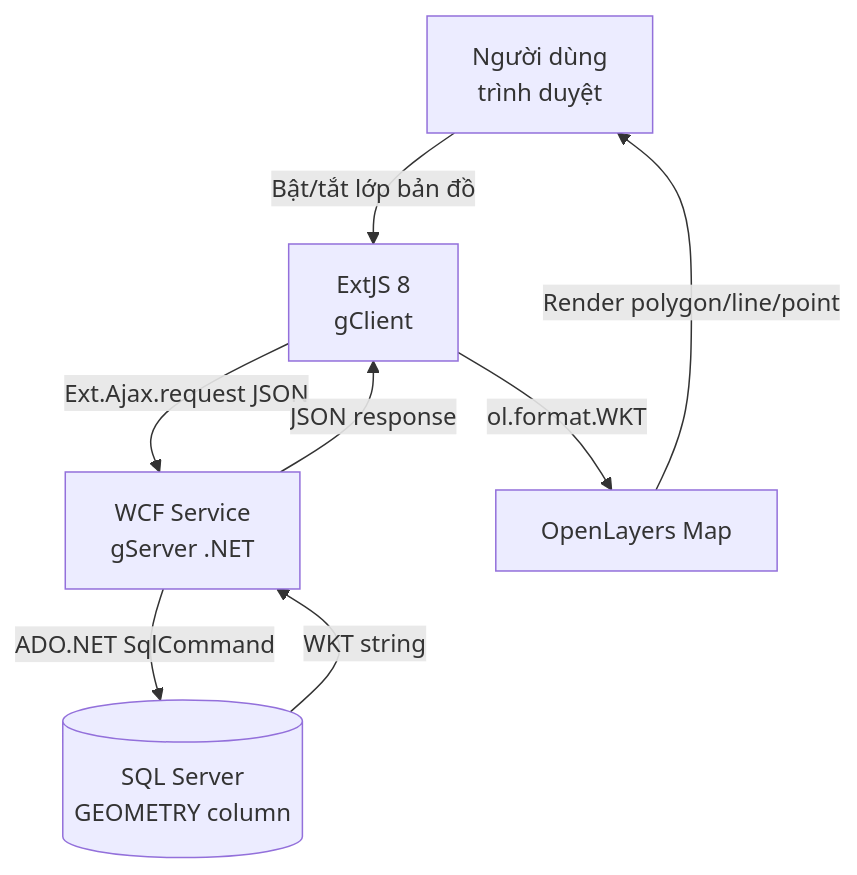
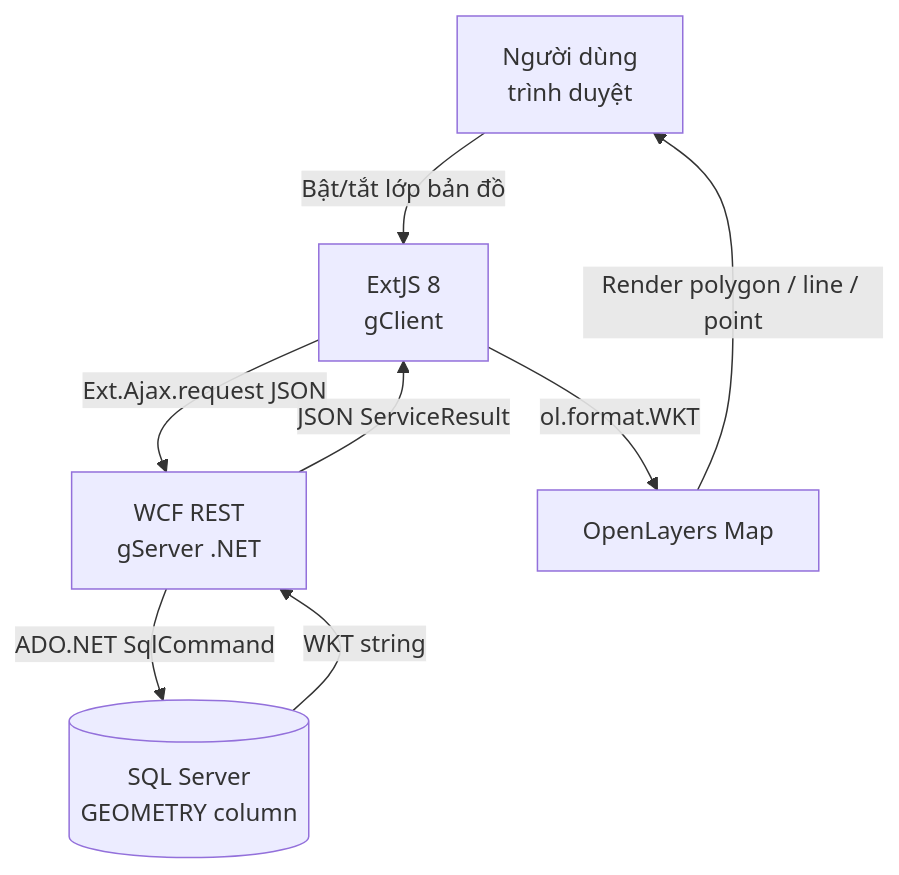
One commit to giangvanhung/gServer_0.0.1 changed the diagram in gServer_Introduction/docs/problem.md. Above: the diagram before and after it, drawn with Mermaid. The commit also changed other lines of this file and 91 other files, not shown here.

````diff
--- a/gServer_Introduction/docs/problem.md
+++ b/gServer_Introduction/docs/problem.md
@@ -16,10 +14,10 @@
 ```mermaid
 graph TD
     A[Người dùng<br/>trình duyệt] -->|Bật/tắt lớp bản đồ| B[ExtJS 8<br/>gClient]
-    B -->|Ext.Ajax.request JSON| C[WCF Service<br/>gServer .NET]
+    B -->|Ext.Ajax.request JSON| C[WCF REST<br/>gServer .NET]
     C -->|ADO.NET SqlCommand| D[(SQL Server<br/>GEOMETRY column)]
     D -->|WKT string| C
-    C -->|JSON response| B
+    C -->|JSON ServiceResult| B
     B -->|ol.format.WKT| E[OpenLayers Map]
-    E -->|Render polygon/line/point| A
+    E -->|Render polygon / line / point| A
 ```
````
